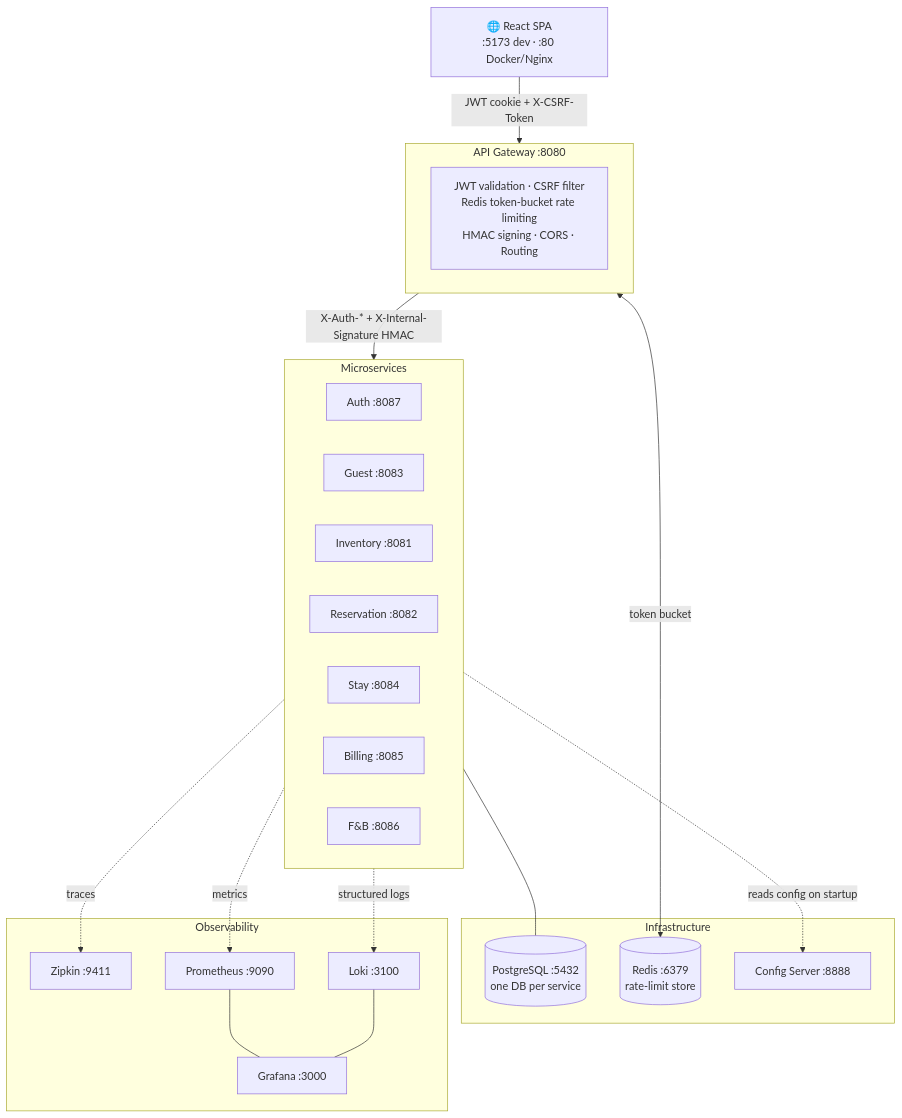
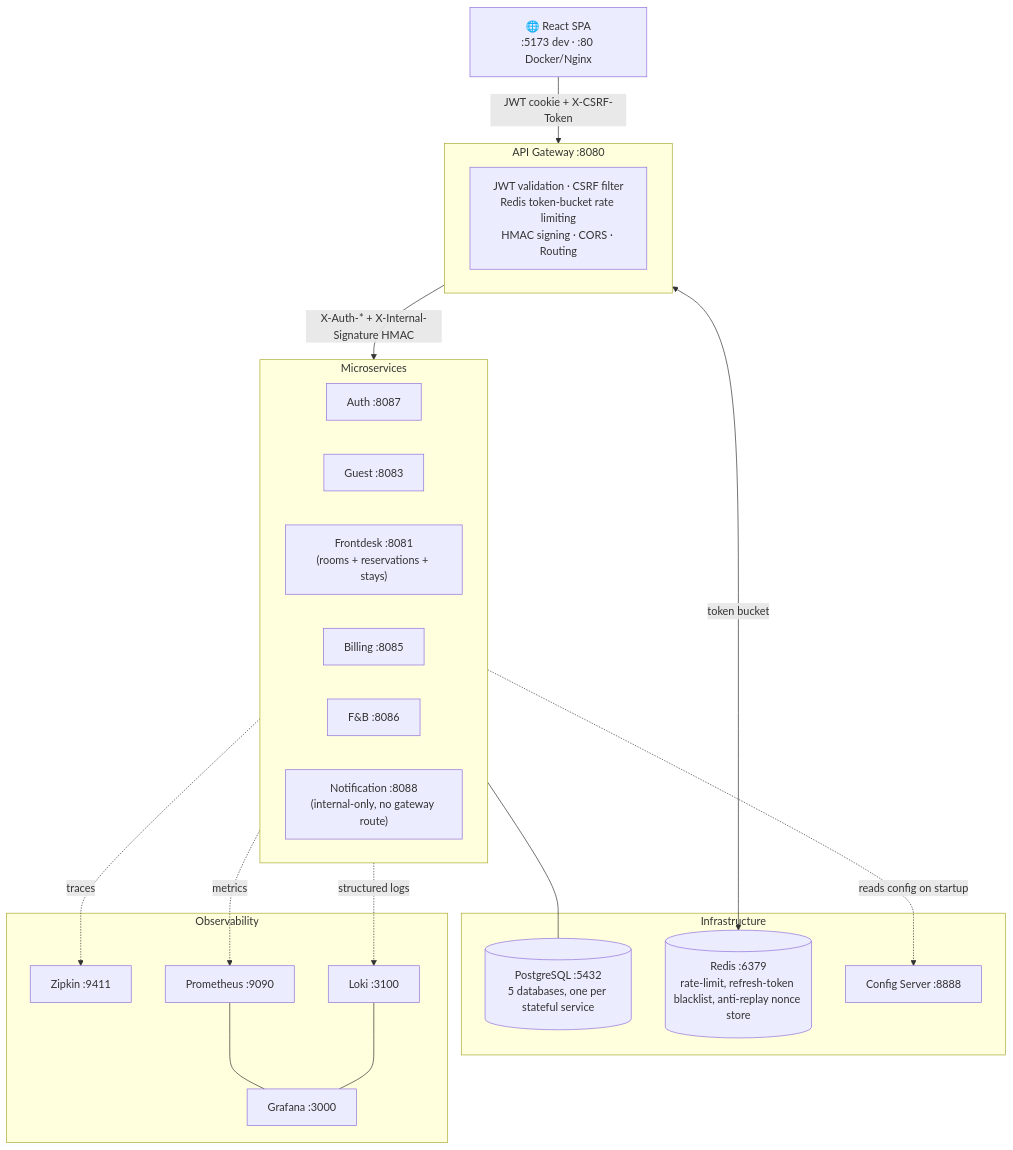
The diagram in README.md (diegoandruccioli/hotel-pms), drawn with Mermaid before and after one commit. The commit also changed other lines of this file and 2 other files, not shown here.

First line of the commit message:
docs(architecture): sincronizza README/THREAT_MODEL/BRANCH_STRATEGY con stato corrente

````diff
--- a/README.md
+++ b/README.md
@@ -97,42 +97,41 @@
 ```mermaid
 graph TD
     Browser["🌐 React SPA\n:5173 dev · :80 Docker/Nginx"]
 
     subgraph GW_BOX["API Gateway :8080"]
         GW["JWT validation · CSRF filter\nRedis token-bucket rate limiting\nHMAC signing · CORS · Routing"]
     end
 
     subgraph SVC["Microservices"]
         Auth["Auth :8087"]
         Guest["Guest :8083"]
-        Inv["Inventory :8081"]
-        Res["Reservation :8082"]
-        Stay["Stay :8084"]
+        Frontdesk["Frontdesk :8081\n(rooms + reservations + stays)"]
         Bill["Billing :8085"]
         FB["F&amp;B :8086"]
+        Notif["Notification :8088\n(internal-only, no gateway route)"]
     end
 
     subgraph INFRA["Infrastructure"]
-        PG[("PostgreSQL :5432\none DB per service")]
-        Redis[("Redis :6379\nrate-limit store")]
+        PG[("PostgreSQL :5432\n5 databases, one per stateful service")]
+        Redis[("Redis :6379\nrate-limit, refresh-token blacklist, anti-replay nonce store")]
         Config["Config Server :8888"]
     end
 
     subgraph OBS["Observability"]
         Zipkin["Zipkin :9411"]
         Prom["Prometheus :9090"]
         Grafana["Grafana :3000"]
         Loki["Loki :3100"]
     end
 
     Browser -->|"JWT cookie + X-CSRF-Token"| GW_BOX
     GW_BOX -->|"X-Auth-* + X-Internal-Signature HMAC"| SVC
     GW_BOX <-->|"token bucket"| Redis
     SVC -.->|"reads config on startup"| Config
     SVC --- PG
     SVC -.->|"traces"| Zipkin
     SVC -.->|"metrics"| Prom
     SVC -.->|"structured logs"| Loki
     Prom --- Grafana
     Loki --- Grafana
 ```
````
